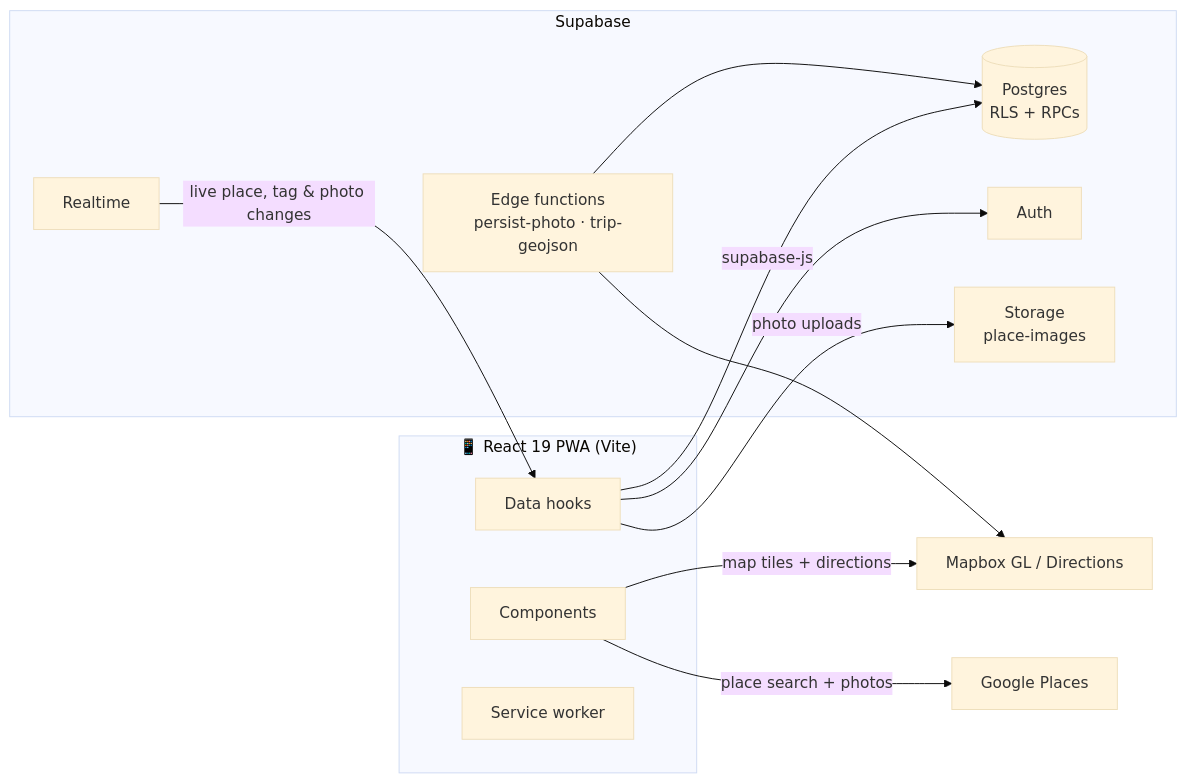
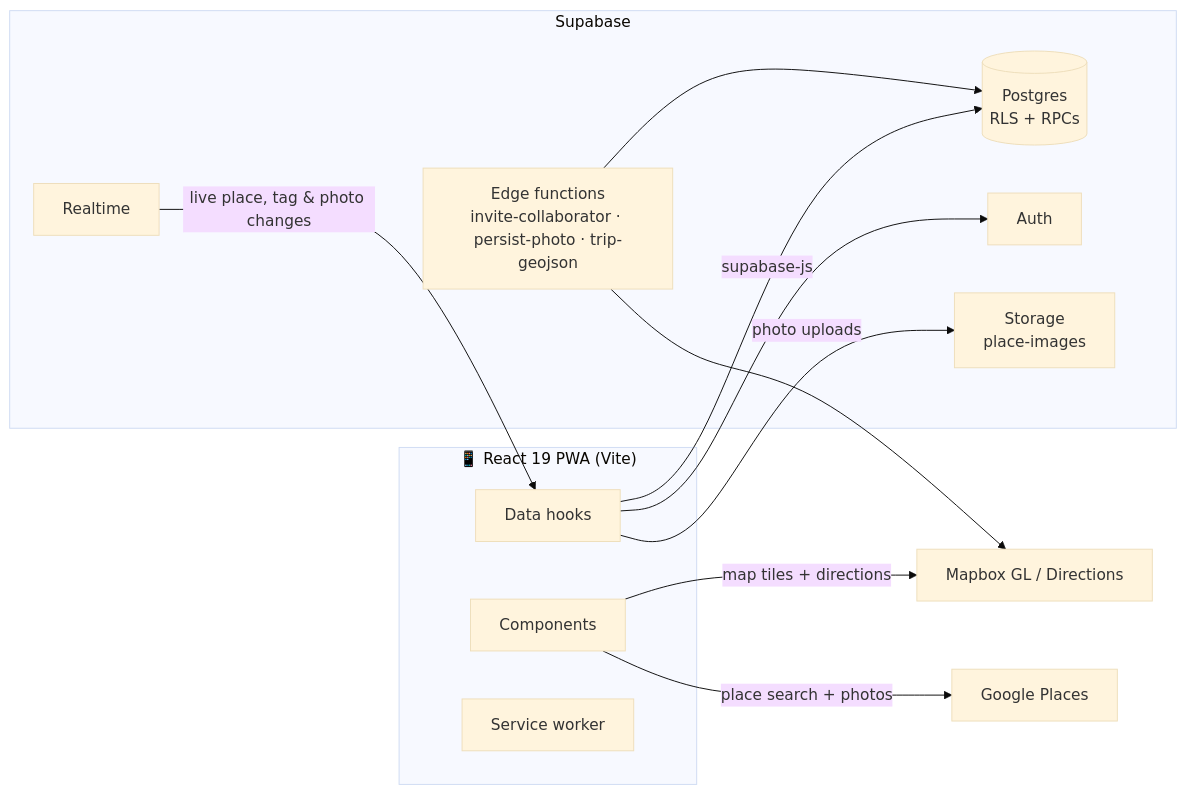
The diagram in README.md (thkleinert/cairn), drawn with Mermaid (base theme) before and after one commit. The commit also changed other lines of this file and 8 other files, not shown here.

First line of the commit message:
Invite-only mode: provision accounts via an invite-collaborator function

````diff
--- a/README.md
+++ b/README.md
@@ -206,23 +207,23 @@
 ```mermaid
 flowchart LR
     subgraph Client["📱 React 19 PWA (Vite)"]
         UI[Components]
         Hooks[Data hooks]
         SW[Service worker]
     end
     subgraph Supabase
         PG[(Postgres<br/>RLS + RPCs)]
         Auth[Auth]
         RT[Realtime]
         ST[Storage<br/>place-images]
-        EF[Edge functions<br/>persist-photo · trip-geojson]
+        EF[Edge functions<br/>invite-collaborator · persist-photo · trip-geojson]
     end
     Hooks -->|supabase-js| PG
     Hooks --> Auth
     RT -->|live place, tag & photo changes| Hooks
     Hooks -->|photo uploads| ST
     UI -->|map tiles + directions| MB[Mapbox GL / Directions]
     UI -->|place search + photos| GP[Google Places]
     EF --> PG
     EF --> MB
 ```
````
